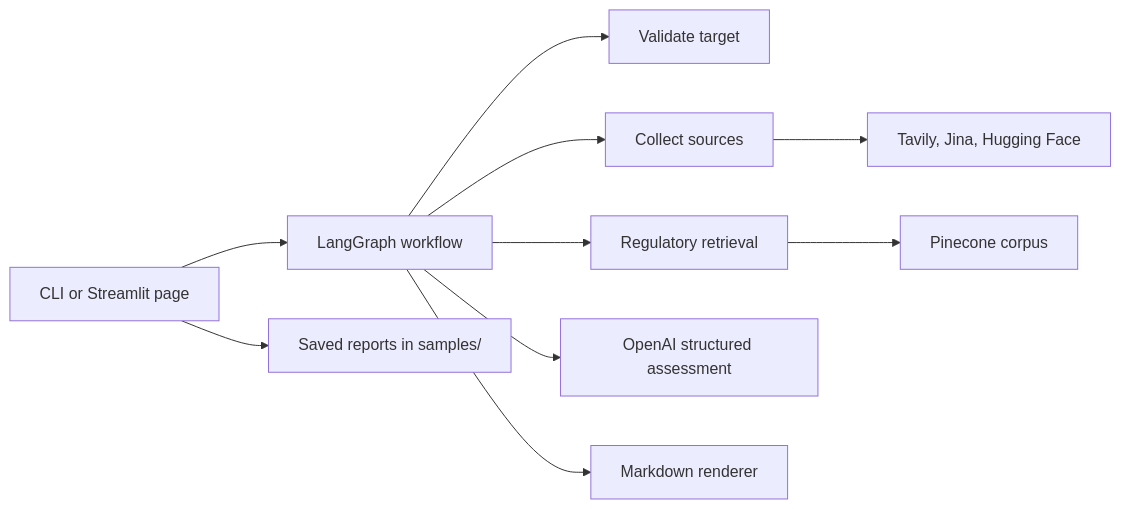
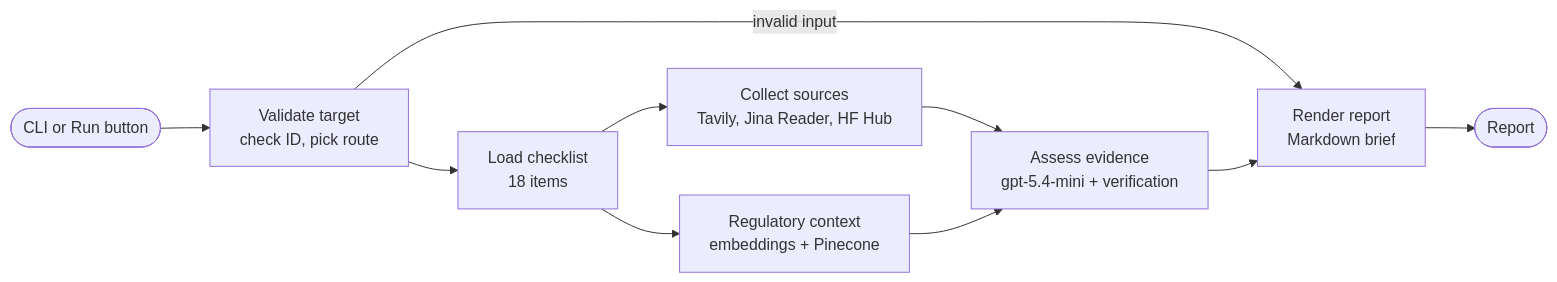
Before and after one commit to s-rostovskyi/model-intake-brief: the diagram in README.md, drawn with Mermaid. The commit also changed other lines of this file and 5 other files, not shown here.

````diff
--- a/README.md
+++ b/README.md
@@ -61,12 +84,12 @@
 ```mermaid
 flowchart LR
-    UI[CLI or Streamlit page] --> GRAPH[LangGraph workflow]
-    GRAPH --> TARGET[Validate target]
-    GRAPH --> SOURCES[Collect sources]
-    SOURCES --> TOOLS[Tavily, Jina, Hugging Face]
-    GRAPH --> RAG[Regulatory retrieval]
-    GRAPH --> ASSESS[OpenAI structured assessment]
-    GRAPH --> RENDER[Markdown renderer]
-    RAG --> PINECONE[Pinecone corpus]
-    UI --> SAMPLES[Saved reports in samples/]
+    T([CLI or Run button]) --> V[Validate target<br/>check ID, pick route]
+    V -- invalid input --> R
+    V --> C[Load checklist<br/>18 items]
+    C --> S[Collect sources<br/>Tavily, Jina Reader, HF Hub]
+    C --> G[Regulatory context<br/>embeddings + Pinecone]
+    S --> A[Assess evidence<br/>gpt-5.4-mini + verification]
+    G --> A
+    A --> R[Render report<br/>Markdown brief]
+    R --> O([Report])
 ```
````
